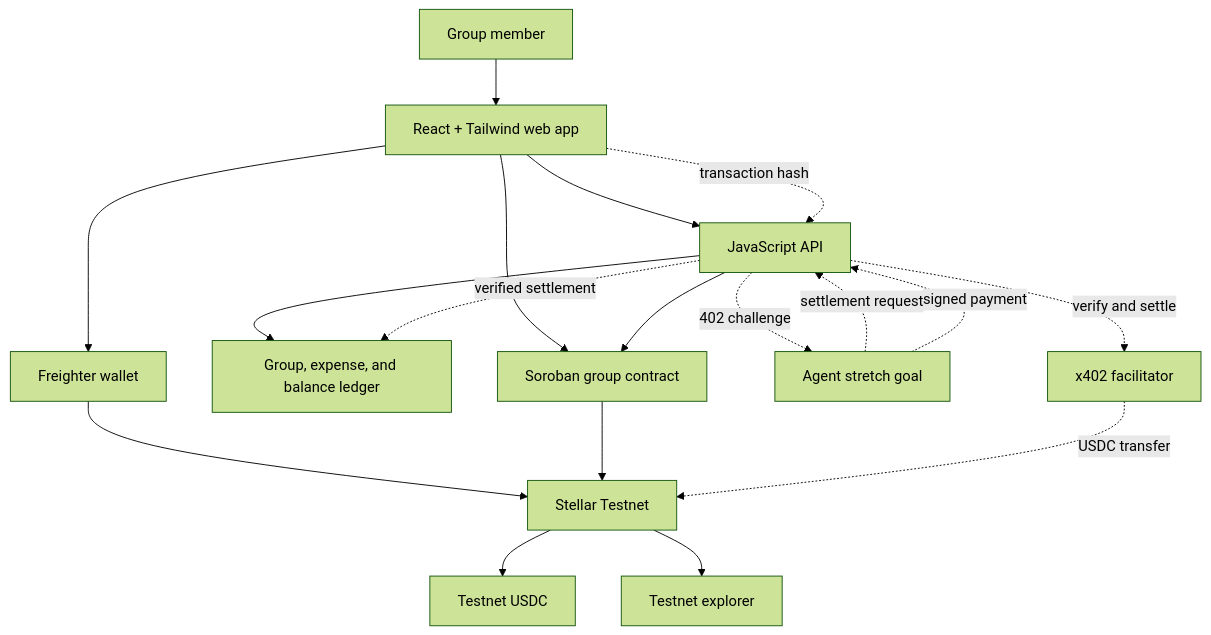
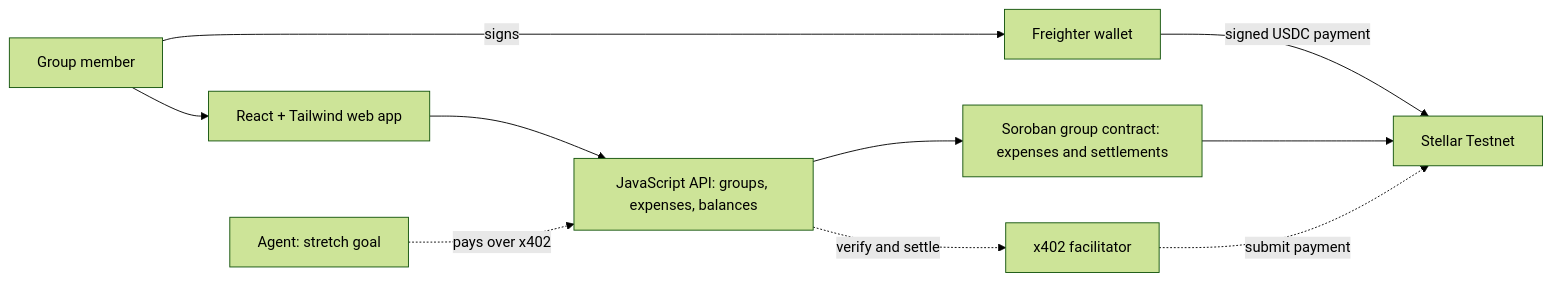
The first of 2 diagrams in docs/ARCHITECTURE.md (Michella-stack/Stellar-Split), drawn with Mermaid (forest theme) before and after one commit. The commit also changed other lines of this file and 4 other files, not shown here.

````diff
--- a/docs/ARCHITECTURE.md
+++ b/docs/ARCHITECTURE.md
@@ -36,24 +36,12 @@
 ```mermaid
-flowchart TD
+flowchart LR
     User[Group member] --> Web[React + Tailwind web app]
-    Web --> Wallet[Freighter wallet]
-    Web --> API[JavaScript API]
-    API --> Ledger[Group, expense, and balance ledger]
-
-    Wallet --> Stellar[Stellar Testnet]
-    Stellar --> USDC[Testnet USDC]
-    Stellar --> Explorer[Testnet explorer]
-
-    Web -. transaction hash .-> API
-    API -. verified settlement .-> Ledger
-
-    Web --> Contract[Soroban group contract]
-    API --> Contract
+    User -- signs --> Wallet[Freighter wallet]
+    Web --> API[JavaScript API: groups, expenses, balances]
+    Wallet -- signed USDC payment --> Stellar[Stellar Testnet]
+    API --> Contract[Soroban group contract: expenses and settlements]
     Contract --> Stellar
-
-    Agent[Agent stretch goal] -. settlement request .-> API
-    API -. 402 challenge .-> Agent
-    Agent -. signed payment .-> API
+    Agent[Agent: stretch goal] -. pays over x402 .-> API
     API -. verify and settle .-> Facilitator[x402 facilitator]
-    Facilitator -. USDC transfer .-> Stellar
+    Facilitator -. submit payment .-> Stellar
 ```
````
